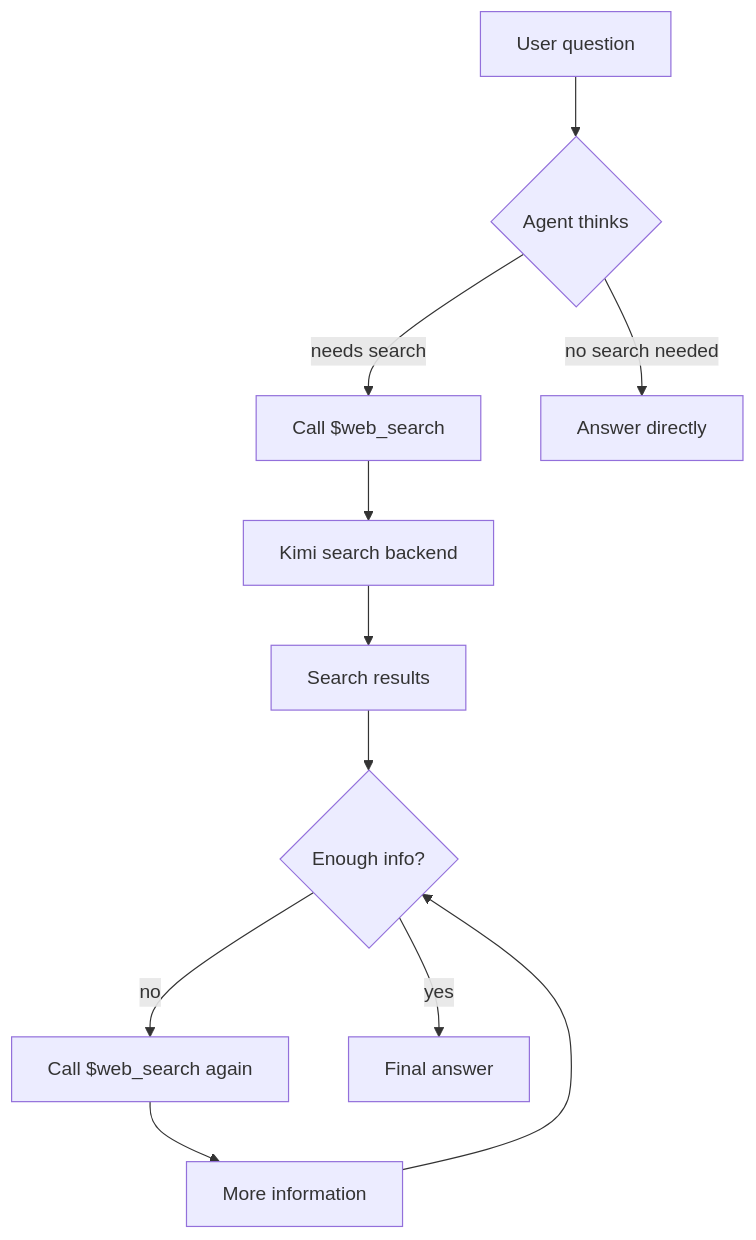
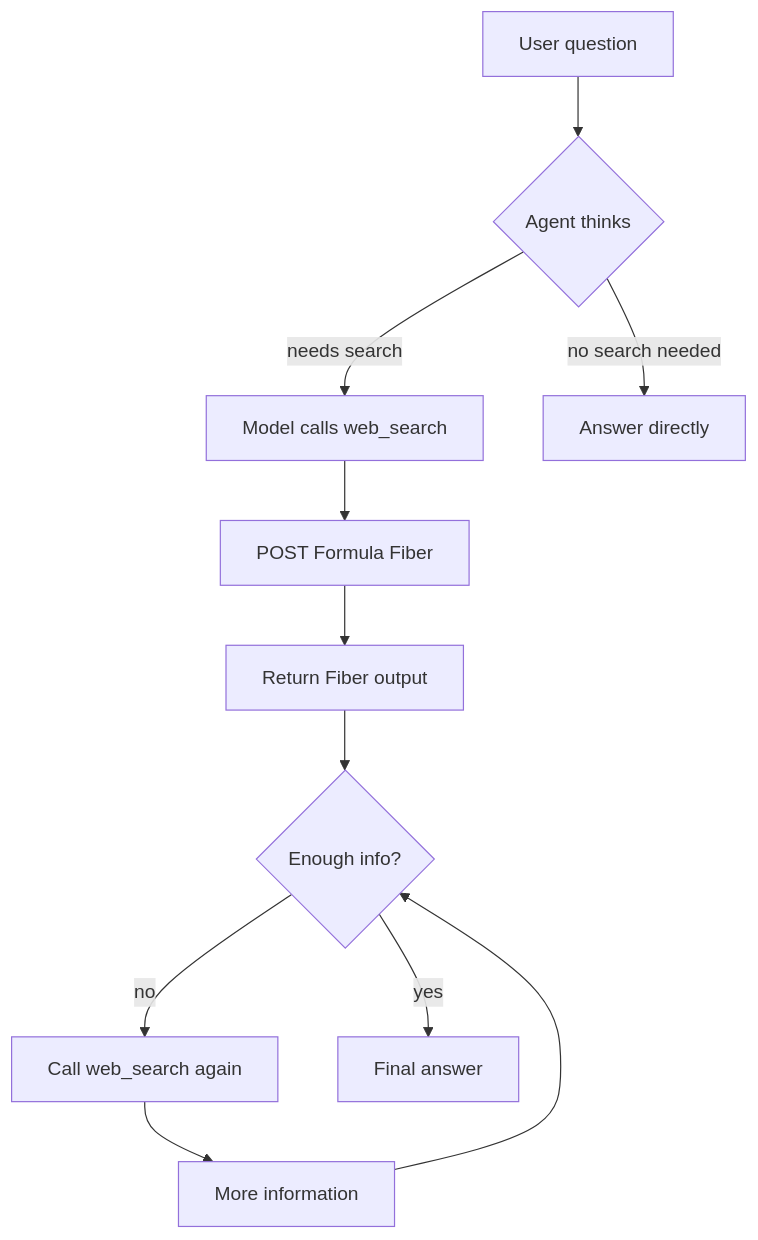
One commit to bojieli/ai-agent-book-projects changed the first of 2 diagrams in chapter1/web-search-agent/README.md. Above: the diagram before and after it, drawn with Mermaid. The commit also changed other lines of this file and 51 other files, not shown here.

````diff
--- a/chapter1/web-search-agent/README.md
+++ b/chapter1/web-search-agent/README.md
@@ -45,13 +47,13 @@
 ```mermaid
 graph TD
     A[User question] --> B{Agent thinks}
-    B -->|needs search| C[Call $web_search]
-    C --> D[Kimi search backend]
-    D --> E[Search results]
+    B -->|needs search| C[Model calls web_search]
+    C --> D[POST Formula Fiber]
+    D --> E[Return Fiber output]
     E --> F{Enough info?}
-    F -->|no| G[Call $web_search again]
+    F -->|no| G[Call web_search again]
     G --> H[More information]
     H --> F
     F -->|yes| I[Final answer]
     B -->|no search needed| J[Answer directly]
 ```
````
